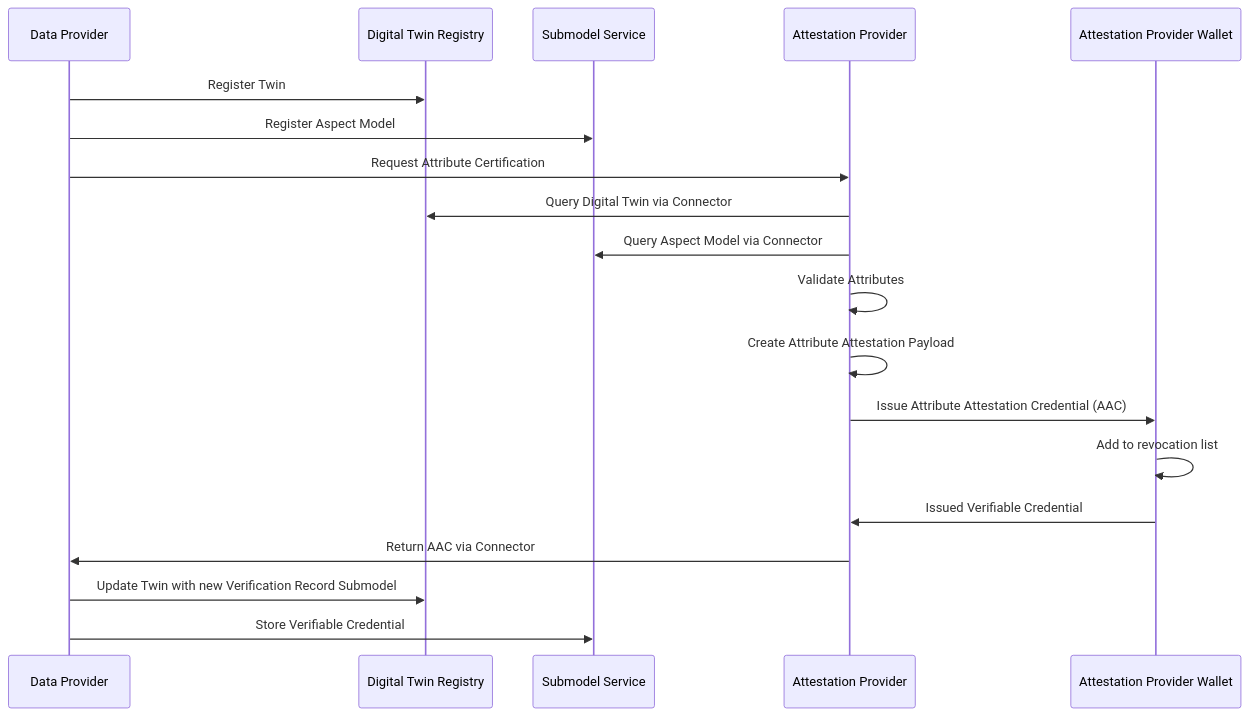
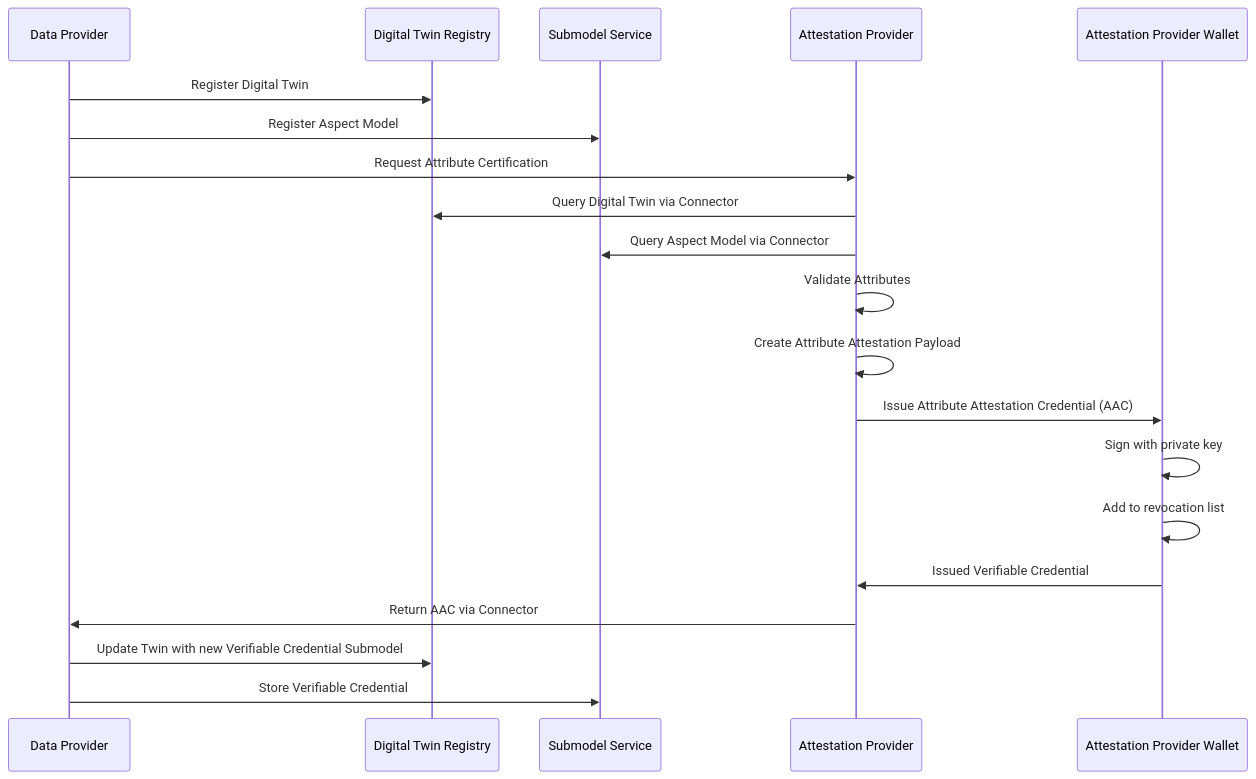
The first of 3 diagrams in docs-kits/kits/data-trust-and-security-kit/software-development-view/digital-twins.md (eclipse-tractusx/eclipse-tractusx.github.io), drawn with Mermaid before and after one commit. The commit also changed other lines of this file, not shown here.

````diff
--- a/docs-kits/kits/data-trust-and-security-kit/software-development-view/digital-twins.md
+++ b/docs-kits/kits/data-trust-and-security-kit/software-development-view/digital-twins.md
@@ -132,22 +134,23 @@
 ```mermaid
 sequenceDiagram
     participant DP as Data Provider
     participant DTR as Digital Twin Registry
     participant SS as Submodel Service
     participant DA as Attestation Provider
     participant AW as Attestation Provider Wallet
     
-    DP->>DTR: Register Twin
+    DP->>DTR: Register Digital Twin
     DP->>SS: Register Aspect Model
     DP->>DA: Request Attribute Certification
     DA->>DTR: Query Digital Twin via Connector
     DA->>SS: Query Aspect Model via Connector
     DA->>DA: Validate Attributes
     DA->>DA: Create Attribute Attestation Payload
     DA->>AW: Issue Attribute Attestation Credential (AAC)
+    AW->>AW: Sign with private key
     AW->>AW: Add to revocation list
     AW->>DA: Issued Verifiable Credential
     DA->>DP: Return AAC via Connector
-    DP->>DTR: Update Twin with new Verification Record Submodel
+    DP->>DTR: Update Twin with new Verifiable Credential Submodel
     DP->>SS: Store Verifiable Credential
 ```
````
